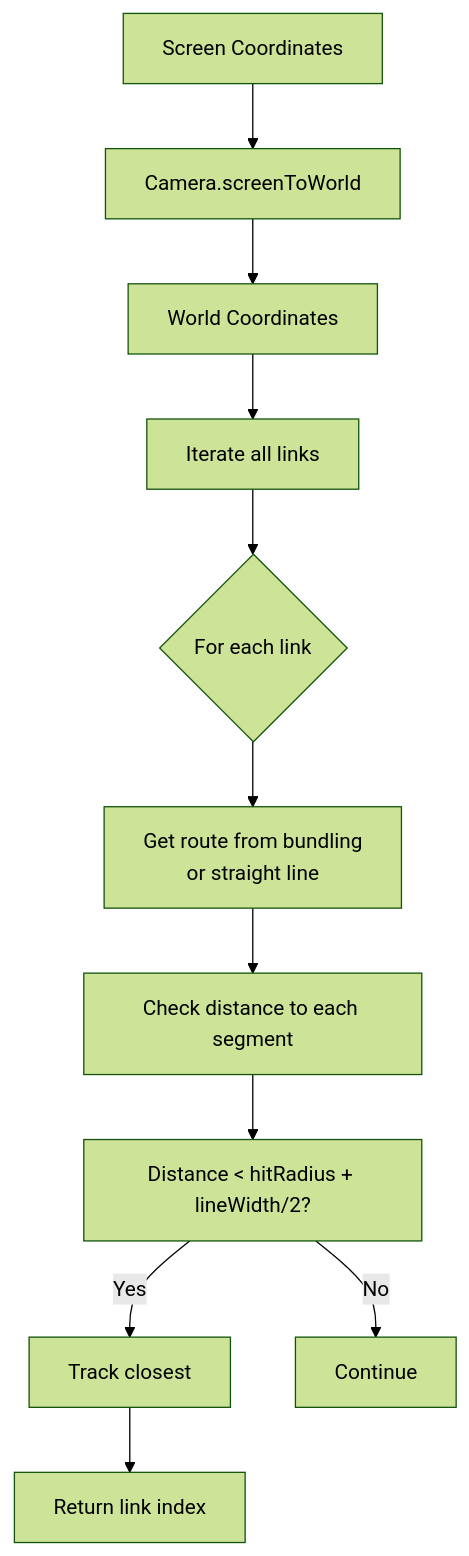
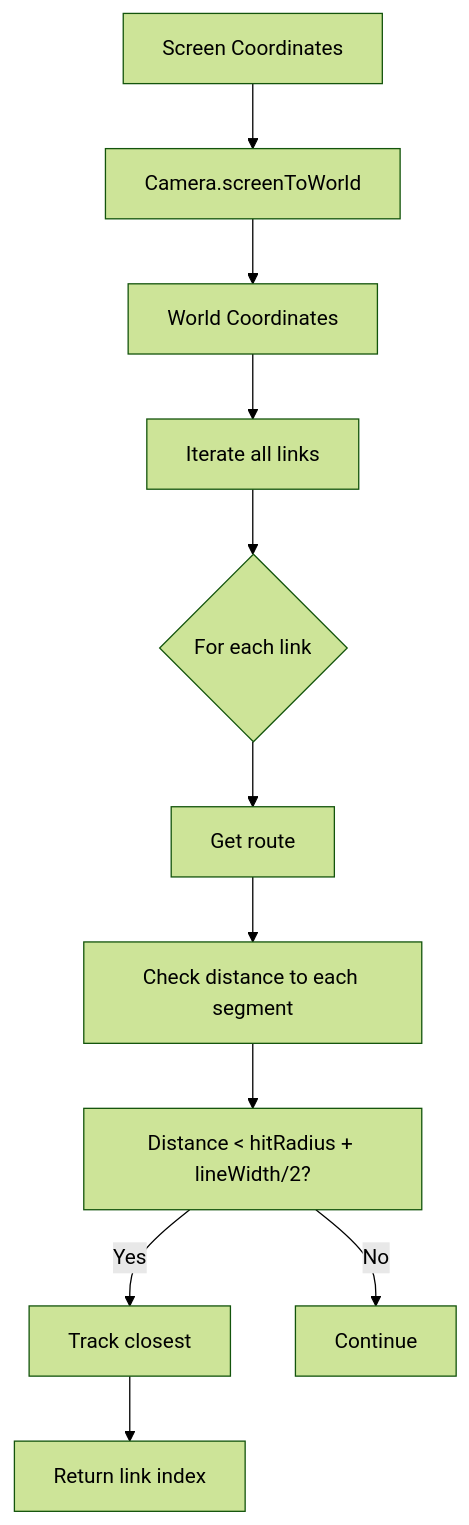
One commit to YuriAlvesBordin/Graphium changed the fourth of 5 diagrams in docs/interaction.md. Above: the diagram before and after it, drawn with Mermaid (forest theme). The commit also changed other lines of this file and 26 other files, not shown here.

````diff
--- a/docs/interaction.md
+++ b/docs/interaction.md
@@ -164,13 +164,13 @@
 ```mermaid
 graph TD
     A[Screen Coordinates] --> B[Camera.screenToWorld]
     B --> C[World Coordinates]
     C --> D[Iterate all links]
     D --> E{For each link}
-    E --> F[Get route from bundling\nor straight line]
+    E --> F[Get route]
     F --> G[Check distance to each segment]
     G --> H[Distance < hitRadius + lineWidth/2?]
     H -->|Yes| I[Track closest]
     H -->|No| J[Continue]
     I --> K[Return link index]
 ```
````
